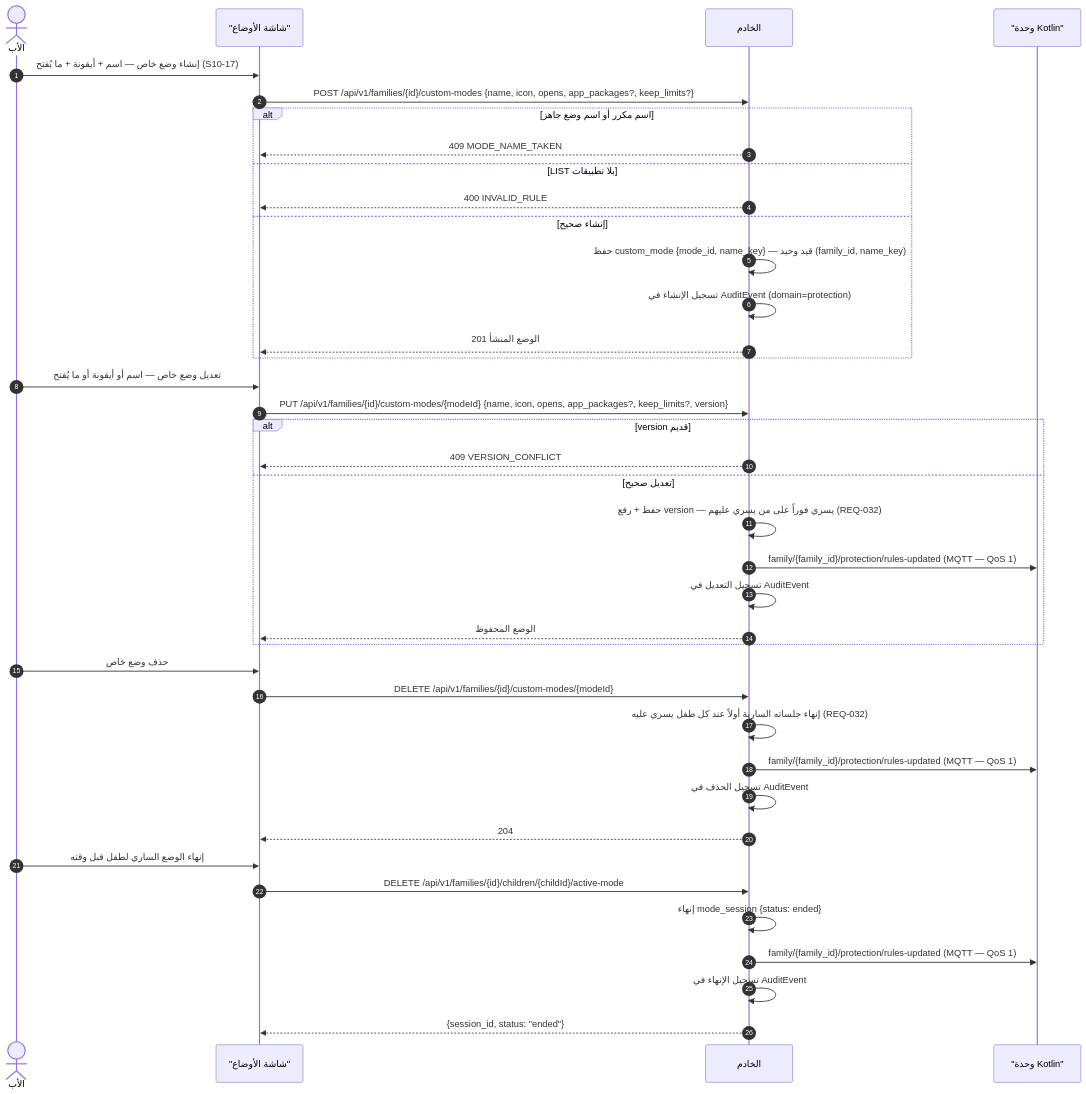
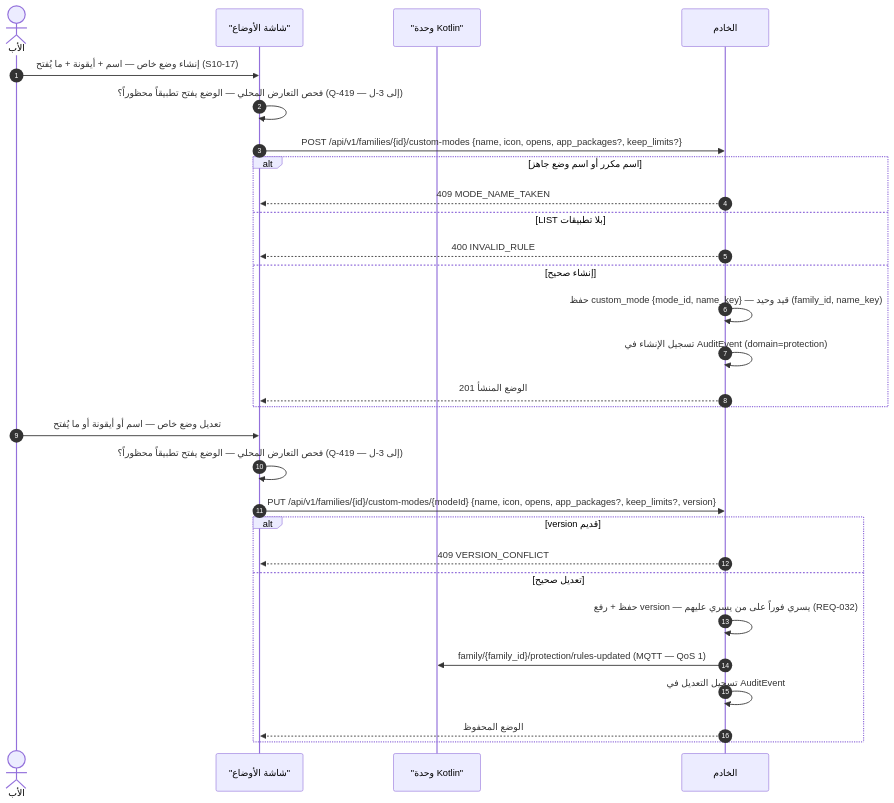
Before and after one commit to Bassam-mohammed-alqaeadi/family-os-v2: diagram 16 of 30 in docs/family-os/governance/phases/phase-1/S1-10-protection-and-enforcement/DIAGRAMS.md, drawn with Mermaid. The commit also changed other lines of this file, not shown here.

````diff
--- a/docs/family-os/governance/phases/phase-1/S1-10-protection-and-enforcement/DIAGRAMS.md
+++ b/docs/family-os/governance/phases/phase-1/S1-10-protection-and-enforcement/DIAGRAMS.md
@@ -621,41 +720,31 @@
 ```mermaid
 sequenceDiagram
     autonumber
     actor Father as الأب
     participant S110 as "شاشة الأوضاع"
+    participant K as "وحدة Kotlin"
     participant Ktor as الخادم
-    participant K as "وحدة Kotlin"
     Father->>S110: إنشاء وضع خاص — اسم + أيقونة + ما يُفتح (S10-17)
+    S110->>S110: فحص التعارض المحلي — الوضع يفتح تطبيقاً محظوراً؟ (Q-419 — إلى 3-ل)
     S110->>Ktor: POST /api/v1/families/{id}/custom-modes {name, icon, opens, app_packages?, keep_limits?}
     alt اسم مكرر أو اسم وضع جاهز
         Ktor-->>S110: 409 MODE_NAME_TAKEN
     else LIST بلا تطبيقات
         Ktor-->>S110: 400 INVALID_RULE
     else إنشاء صحيح
         Ktor->>Ktor: حفظ custom_mode {mode_id, name_key} — قيد وحيد (family_id, name_key)
         Ktor->>Ktor: تسجيل الإنشاء في AuditEvent (domain=protection)
         Ktor-->>S110: 201 الوضع المنشأ
     end
     Father->>S110: تعديل وضع خاص — اسم أو أيقونة أو ما يُفتح
+    S110->>S110: فحص التعارض المحلي — الوضع يفتح تطبيقاً محظوراً؟ (Q-419 — إلى 3-ل)
     S110->>Ktor: PUT /api/v1/families/{id}/custom-modes/{modeId} {name, icon, opens, app_packages?, keep_limits?, version}
     alt version قديم
         Ktor-->>S110: 409 VERSION_CONFLICT
     else تعديل صحيح
         Ktor->>Ktor: حفظ + رفع version — يسري فوراً على من يسري عليهم (REQ-032)
         Ktor->>K: family/{family_id}/protection/rules-updated (MQTT — QoS 1)
         Ktor->>Ktor: تسجيل التعديل في AuditEvent
         Ktor-->>S110: الوضع المحفوظ
     end
-    Father->>S110: حذف وضع خاص
-    S110->>Ktor: DELETE /api/v1/families/{id}/custom-modes/{modeId}
-    Ktor->>Ktor: إنهاء جلساته السارية أولاً عند كل طفل يسري عليه (REQ-032)
-    Ktor->>K: family/{family_id}/protection/rules-updated (MQTT — QoS 1)
-    Ktor->>Ktor: تسجيل الحذف في AuditEvent
-    Ktor-->>S110: 204
-    Father->>S110: إنهاء الوضع الساري لطفل قبل وقته
-    S110->>Ktor: DELETE /api/v1/families/{id}/children/{childId}/active-mode
-    Ktor->>Ktor: إنهاء mode_session {status: ended}
-    Ktor->>K: family/{family_id}/protection/rules-updated (MQTT — QoS 1)
-    Ktor->>Ktor: تسجيل الإنهاء في AuditEvent
-    Ktor-->>S110: {session_id, status: "ended"}
 ```
````
